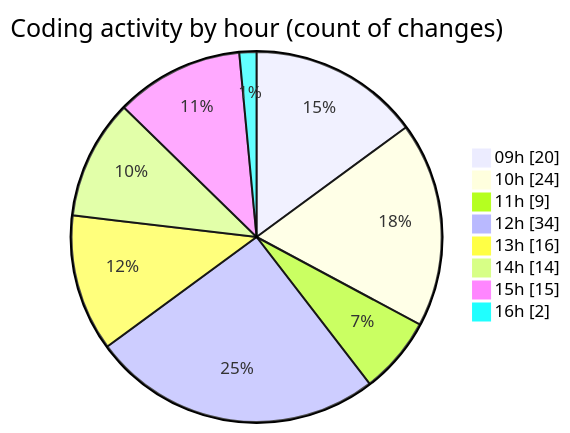
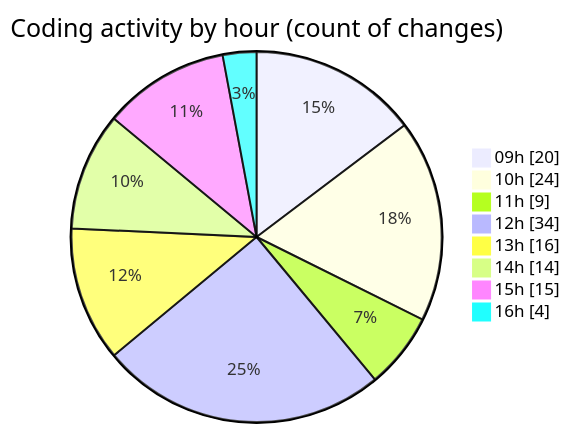
Before and after one commit to momahboobian/code-tracking: the second of 2 diagrams in 2025-05-19/cda/README.md, drawn with Mermaid. The commit also changed other lines of this file and 1 other file, not shown here.

````diff
--- a/2025-05-19/cda/README.md
+++ b/2025-05-19/cda/README.md
@@ -52,12 +54,12 @@
 ```mermaid
 pie showData
 title Coding activity by hour (count of changes)
 "09h" : 20
 "10h" : 24
 "11h" : 9
 "12h" : 34
 "13h" : 16
 "14h" : 14
 "15h" : 15
-"16h" : 2
+"16h" : 4
 ```
````
